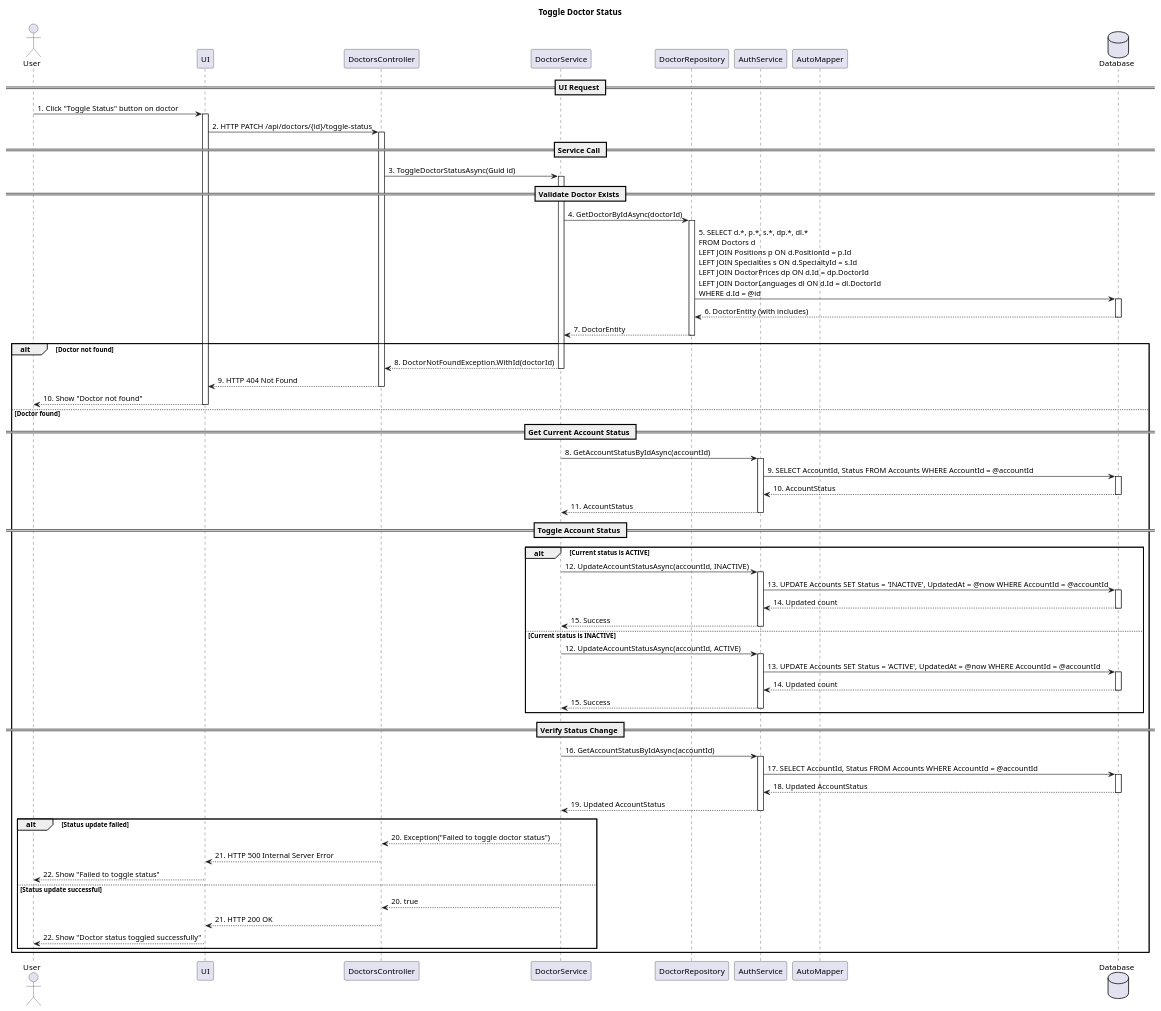
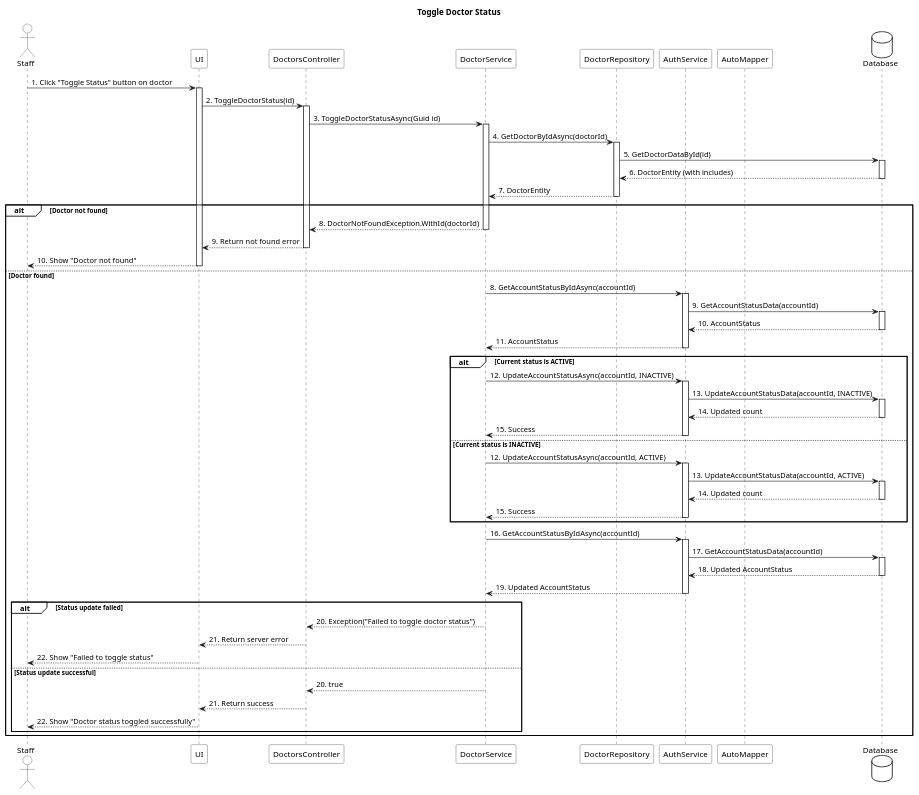
One commit to Capstone-FA25-MABS/BookingCareSystemBackend changed the diagram in src/Services/BookingCare.Services.Doctor/sequence-diagrams/doctor/toggle_doctor_status_sequence_diagram.puml. Above: the diagram before and after it, drawn with PlantUML. The commit also changed 32 other files, not shown here.

Commit message:
[FIX] update code sequence diagram and class diagram

```diff
--- a/src/Services/BookingCare.Services.Doctor/sequence-diagrams/doctor/toggle_doctor_status_sequence_diagram.puml
+++ b/src/Services/BookingCare.Services.Doctor/sequence-diagrams/doctor/toggle_doctor_status_sequence_diagram.puml
@@ -1,102 +1,103 @@
 @startuml
 title Toggle Doctor Status
 
-actor User
+skinparam backgroundColor White
+skinparam sequenceParticipantBackgroundColor White
+skinparam sequenceActorBackgroundColor White
+skinparam sequenceLifeLineBackgroundColor White
+skinparam databaseBackgroundColor White
+skinparam sequenceGroupBackgroundColor White
+
+actor Staff
 participant UI
 participant DoctorsController
 participant DoctorService
 participant DoctorRepository
 participant AuthService
 participant AutoMapper
 database Database
 
-== UI Request ==
-User -> UI : 1. Click "Toggle Status" button on doctor
+Staff -> UI : 1. Click "Toggle Status" button on doctor
 activate UI
-UI -> DoctorsController : 2. HTTP PATCH /api/doctors/{id}/toggle-status
+UI -> DoctorsController : 2. ToggleDoctorStatus(id)
 activate DoctorsController
 
-== Service Call ==
 DoctorsController -> DoctorService : 3. ToggleDoctorStatusAsync(Guid id)
 activate DoctorService
 
-== Validate Doctor Exists ==
 DoctorService -> DoctorRepository : 4. GetDoctorByIdAsync(doctorId)
 activate DoctorRepository
-DoctorRepository -> Database : 5. SELECT d.*, p.*, s.*, dp.*, dl.*\nFROM Doctors d\nLEFT JOIN Positions p ON d.PositionId = p.Id\nLEFT JOIN Specialties s ON d.SpecialtyId = s.Id\nLEFT JOIN DoctorPrices dp ON d.Id = dp.DoctorId\nLEFT JOIN DoctorLanguages dl ON d.Id = dl.DoctorId\nWHERE d.Id = @id
+DoctorRepository -> Database : 5. GetDoctorDataById(id)
 activate Database
 Database --> DoctorRepository : 6. DoctorEntity (with includes)
 deactivate Database
 DoctorRepository --> DoctorService : 7. DoctorEntity
 deactivate DoctorRepository
 
 alt Doctor not found
     DoctorService --> DoctorsController : 8. DoctorNotFoundException.WithId(doctorId)
     deactivate DoctorService
-    DoctorsController --> UI : 9. HTTP 404 Not Found
+    DoctorsController --> UI : 9. Return not found error
     deactivate DoctorsController
-    UI --> User : 10. Show "Doctor not found"
+    UI --> Staff : 10. Show "Doctor not found"
     deactivate UI
 else Doctor found
 
-    == Get Current Account Status ==
     DoctorService -> AuthService : 8. GetAccountStatusByIdAsync(accountId)
     activate AuthService
-    AuthService -> Database : 9. SELECT AccountId, Status FROM Accounts WHERE AccountId = @accountId
+    AuthService -> Database : 9. GetAccountStatusData(accountId)
     activate Database
     Database --> AuthService : 10. AccountStatus
     deactivate Database
     AuthService --> DoctorService : 11. AccountStatus
     deactivate AuthService
 
-    == Toggle Account Status ==
     alt Current status is ACTIVE
         DoctorService -> AuthService : 12. UpdateAccountStatusAsync(accountId, INACTIVE)
         activate AuthService
-        AuthService -> Database : 13. UPDATE Accounts SET Status = 'INACTIVE', UpdatedAt = @now WHERE AccountId = @accountId
+        AuthService -> Database : 13. UpdateAccountStatusData(accountId, INACTIVE)
         activate Database
         Database --> AuthService : 14. Updated count
         deactivate Database
         AuthService --> DoctorService : 15. Success
         deactivate AuthService
     else Current status is INACTIVE
         DoctorService -> AuthService : 12. UpdateAccountStatusAsync(accountId, ACTIVE)
         activate AuthService
-        AuthService -> Database : 13. UPDATE Accounts SET Status = 'ACTIVE', UpdatedAt = @now WHERE AccountId = @accountId
+        AuthService -> Database : 13. UpdateAccountStatusData(accountId, ACTIVE)
         activate Database
         Database --> AuthService : 14. Updated count
         deactivate Database
         AuthService --> DoctorService : 15. Success
         deactivate AuthService
     end
 
-    == Verify Status Change ==
     DoctorService -> AuthService : 16. GetAccountStatusByIdAsync(accountId)
     activate AuthService
-    AuthService -> Database : 17. SELECT AccountId, Status FROM Accounts WHERE AccountId = @accountId
+    AuthService -> Database : 17. GetAccountStatusData(accountId)
     activate Database
     Database --> AuthService : 18. Updated AccountStatus
     deactivate Database
     AuthService --> DoctorService : 19. Updated AccountStatus
     deactivate AuthService
 
     alt Status update failed
         DoctorService --> DoctorsController : 20. Exception("Failed to toggle doctor status")
         deactivate DoctorService
-        DoctorsController --> UI : 21. HTTP 500 Internal Server Error
+        DoctorsController --> UI : 21. Return server error
         deactivate DoctorsController
-        UI --> User : 22. Show "Failed to toggle status"
+        UI --> Staff : 22. Show "Failed to toggle status"
         deactivate UI
     else Status update successful
         DoctorService --> DoctorsController : 20. true
         deactivate DoctorService
 
-        DoctorsController --> UI : 21. HTTP 200 OK
+        DoctorsController --> UI : 21. Return success
         deactivate DoctorsController
 
-        UI --> User : 22. Show "Doctor status toggled successfully"
+        UI --> Staff : 22. Show "Doctor status toggled successfully"
         deactivate UI
     end
 end
 
 @enduml
```
